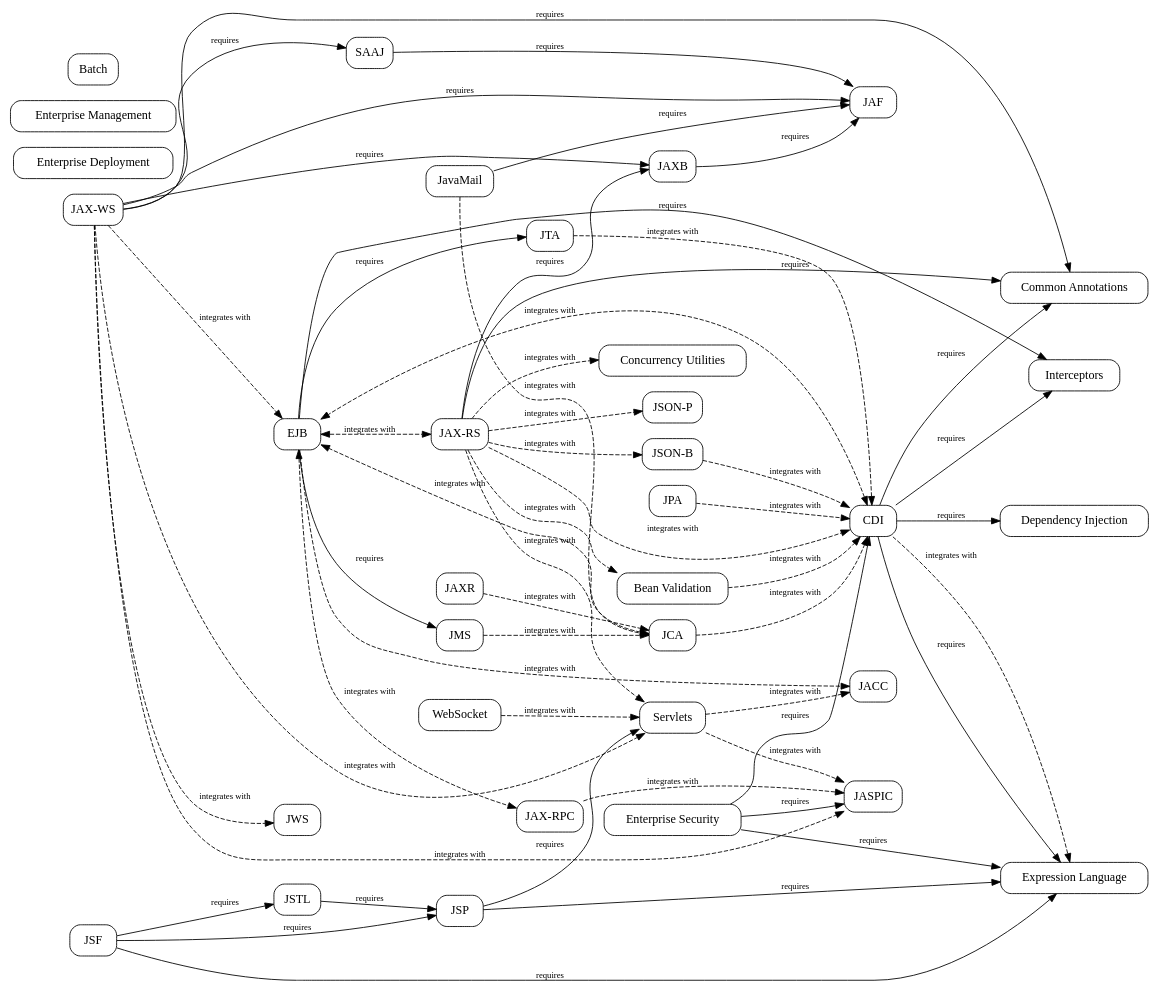
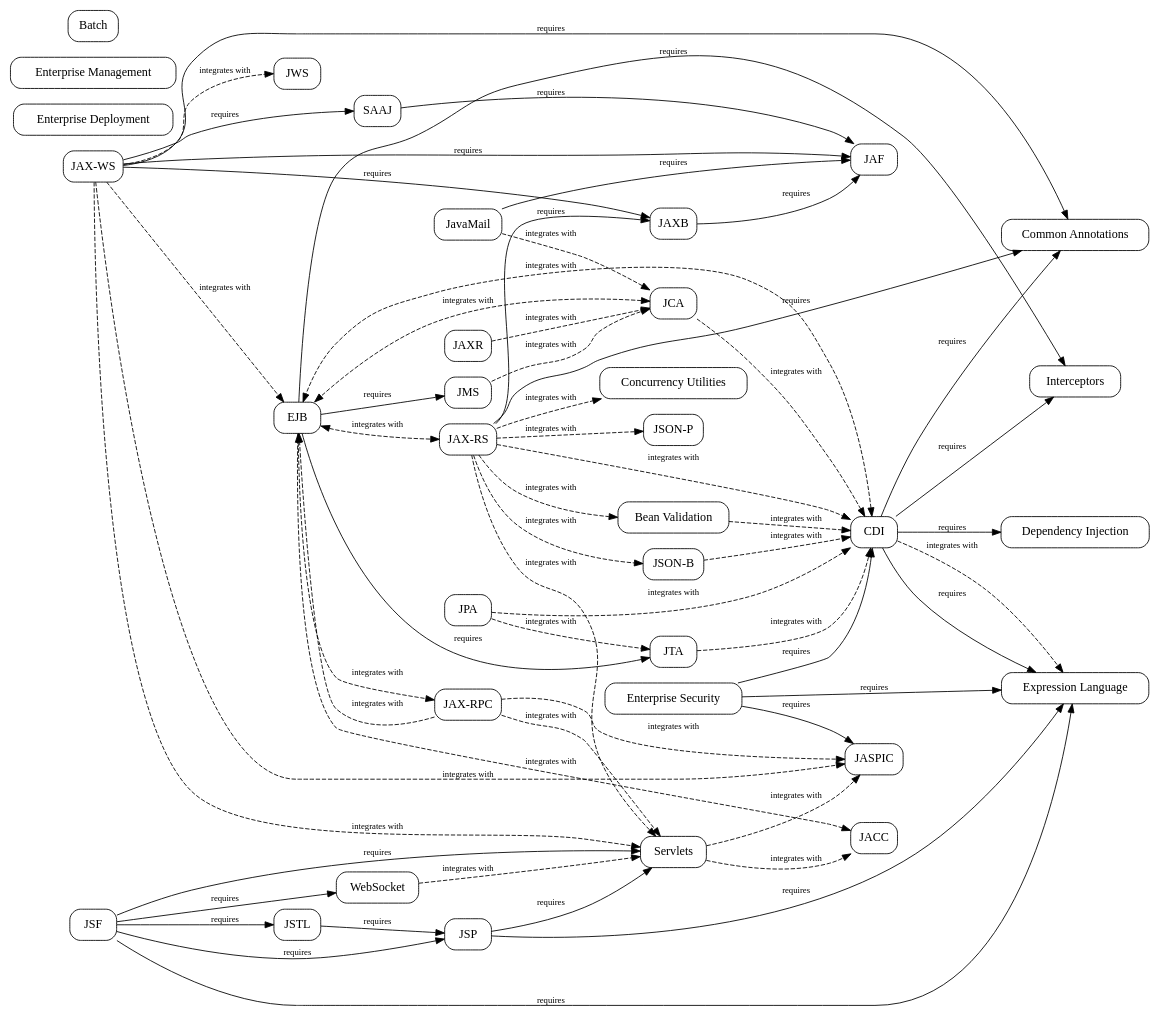
Before and after one commit to eclipse-ee4j/ee4j-website: the diagram in src/dot/specs.dot, drawn with Graphviz. The commit also changed 3 other files, not shown here.

```diff
--- a/src/dot/specs.dot
+++ b/src/dot/specs.dot
@@ -1,123 +1,128 @@
 /********************************************************************************
  * Copyright (c) 2018 Contributors to the Eclipse Foundation
  * 
  * See the NOTICE file(s) distributed with this work for additional
  * information regarding copyright ownership.
  * 
  * This program and the accompanying materials are made available under the
  * terms of the Eclipse Distribution License v. 1.0 which is available at
  * http://www.eclipse.org/org/documents/edl-v10.php.
  * 
  * SPDX-License-Identifier: BSD-3-Clause
  ********************************************************************************/
 
 // This file defines a graph of the relationship between the Jakarta EE specs.
 //
 // Render using Graphviz.
 // e.g. 
 // > dot specs.dot -Tsvg > specs.svg
 //
 
 digraph G {
 	rankdir=LR;
 	rank=same;
 
 	// "Specification" nodes
 	node[ shape=box, style="rounded" ];
 	ca[ label="Common Annotations" ];
 	ejb[ label="EJB" ];
 	el[ label="Expression Language" ];
 	es[ label="Enterprise Security" ];
 	interceptors[ label="Interceptors" ];
 	jacc[label="JACC"];
 	jaf[ label="JAF" ];
 	javamail[ label="JavaMail" ];
 	jaspic[label="JASPIC"]; 
 	jaxws[ label="JAX-WS" ];
 	jws[ label="JWS" ];
 	jaxb[ label="JAXB" ];
 	jaxrs[ label="JAX-RS" ];
 	jca[ label="JCA" ];
 	jms[ label="JMS" ];
 	jpa[ label="JPA" ];
 	jsonb[ label="JSON-B" ];
 	jsonp[ label="JSON-P" ];
 	jsf[ label="JSF" ];
 	jsp[ label="JSP" ];
 	jstl[ label="JSTL" ];
 	jta[ label="JTA" ];
 	deployment[ label="Enterprise Deployment" ];
 	management[ label="Enterprise Management" ];
 	jaxr[ label="JAXR" ];
 	servlet[ label="Servlets" ];
 	websocket[ label="WebSocket" ];
 	jaxrpc[ label="JAX-RPC" ];
 	saaj[ label="SAAJ" ];
 	cdi[ label="CDI" ];
 	di[ label="Dependency Injection" ];
 	bv[ label="Bean Validation" ];
 	batch[ label="Batch" ];
 	cu[ label="Concurrency Utilities" ];
 
 	edge[ fontsize=10 ];
 
 	// References between specifications.
 	// e.g. EJB requires Interceptors, JTA, ...
 	edge[ label="requires", style="solid" ];
 	ejb -> interceptors;
 	ejb -> jta;
 	ejb -> jms;
 	jsf -> jsp;
 	jsf -> el;
 	jsf -> jstl;
+	jsf -> websocket;
+	jsf -> servlet;
 	jstl -> jsp;
 	jsp -> servlet;
 	jsp -> el;
 	javamail -> jaf;
 	jaxws -> jaf;
 	es -> jaspic;
 	es -> cdi;
 	es -> el;
 	cdi -> di;
 	cdi -> interceptors;
 	cdi -> el;
 	cdi -> ca;
 	jaxrs -> ca;
 	jaxrs -> jaxb;
 	jaxws -> ca;
 	jaxws -> saaj;
 	jaxws -> jaxb;
 	jaxb -> jaf;
 	saaj -> jaf;
 
 	// Integrations between specifications.
 	edge[ label="integrates with", style="dashed" ];
 	cdi -> ejb[ dir="both" ];
 	cdi -> el; // TODO: is EL really REQUIRED on Jakarta EE Platform Containers? CDI-EL integration is mandatory for JSP and JSF
 	ejb -> jaxrs [ dir="both" ]; // TODO: both specs define integration semantics
 	ejb -> jaxrpc [ dir="both" ]; // TODO: this is pruned so can't be considered required
 	ejb -> jacc;
 	jaxrs -> servlet;
 	jaxrs -> cdi;
 	jaxrs -> bv;
 	jaxrs -> jsonp;
 	jaxrs -> jsonb;
 	jaxrs -> cu;
 	jaxws -> ejb; // TODO: only via JSR109?
 	jaxws -> servlet;
 	jaxws -> jaspic;
 	jaxrpc -> jaspic;
+	jaxrpc -> servlet;
+	jaxrpc -> ejb;
 	jaxws -> jws;
 	jca -> ejb[ dir="both" ]; // TODO: who really defines the relationship?
 	jca -> cdi; // TODO: 21.5 says something about dependency injection. Is JCA really integrated with CDI?
 	jpa -> cdi;
 	bv -> cdi;
 	jsonb -> cdi;
 	jta -> cdi;
 	servlet -> jaspic;
 	servlet -> jacc;
 	websocket -> servlet; // TODO: is this integration REQUIRED on Jakarta EE Platform containers?
 	jms -> jca;
 	javamail -> jca;
 	jaxr -> jca;
+	jpa -> jta;
 }
```
